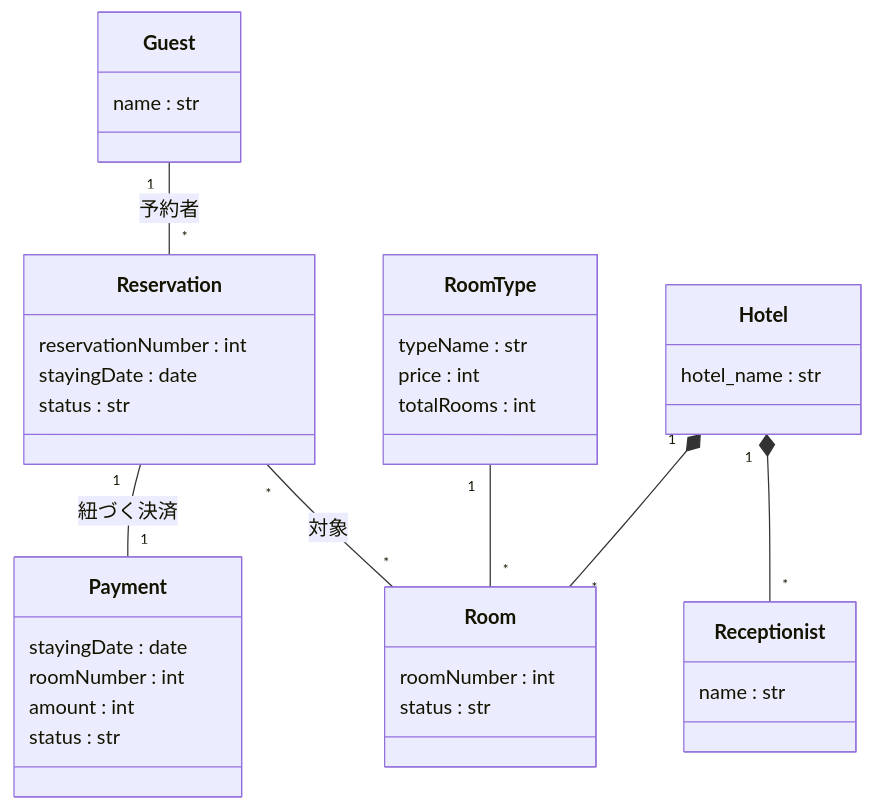
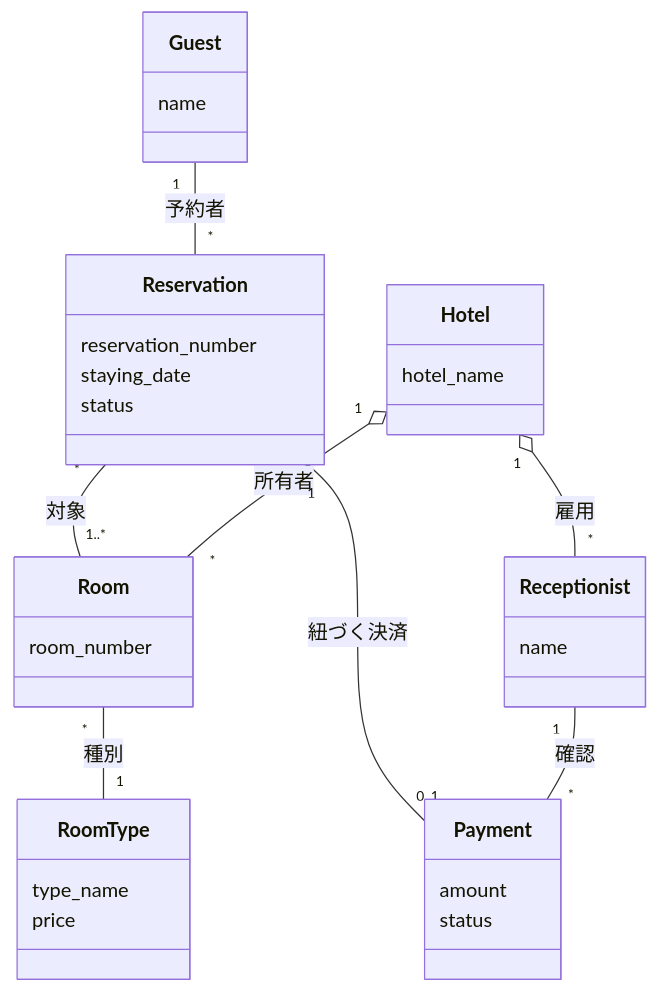
Before and after one commit to Kohki-tyl/HRS: the first of 2 diagrams in Domain_Analysis.md, drawn with Mermaid. The commit also changed other lines of this file, not shown here.

````diff
--- a/Domain_Analysis.md
+++ b/Domain_Analysis.md
@@ -20,38 +25,37 @@
 ```mermaid
 classDiagram
     class Guest {
-        name : str
+        name
     }
     class Reservation {
-        reservationNumber : int
-        stayingDate : date
-        status : str
+        reservation_number
+        staying_date
+        status
+    }
+    class RoomType {
+        type_name
+        price
+    }
+    class Room {
+        room_number
+    }
+    class Payment {
+        amount
+        status
     }
     class Hotel {
-        hotel_name : str
+        hotel_name
     }
-    class RoomType {
-        typeName : str
-        price : int
-        totalRooms : int
+    class Receptionist {
+        name
     }
-    class Room {
-        roomNumber : int
-        status : str
-    }
-    class Receptionist{
-        name : str
-    }
-    class Payment {
-        stayingDate : date
-        roomNumber : int
-        amount : int
-        status : str
-    }
-    Hotel "1" *-- "*" Room : 
-    Hotel "1" *-- "*" Receptionist : 
-    RoomType "1" -- "*" Room : 
+
     Guest "1" -- "*" Reservation : 予約者
-    Reservation "*" -- "*" Room : 対象
-    Reservation "1" -- "1" Payment : 紐づく決済
+    Reservation "*" -- "1..*" Room : 対象
+    Reservation "1" -- "0..1" Payment : 紐づく決済
+    Room "*" -- "1" RoomType : 種別
+    Hotel "1" o-- "*" Room : 所有者
+    Hotel "1" o-- "*" Receptionist : 雇用
+    Receptionist "1" -- "*" Payment : 確認
+
 ```
````
